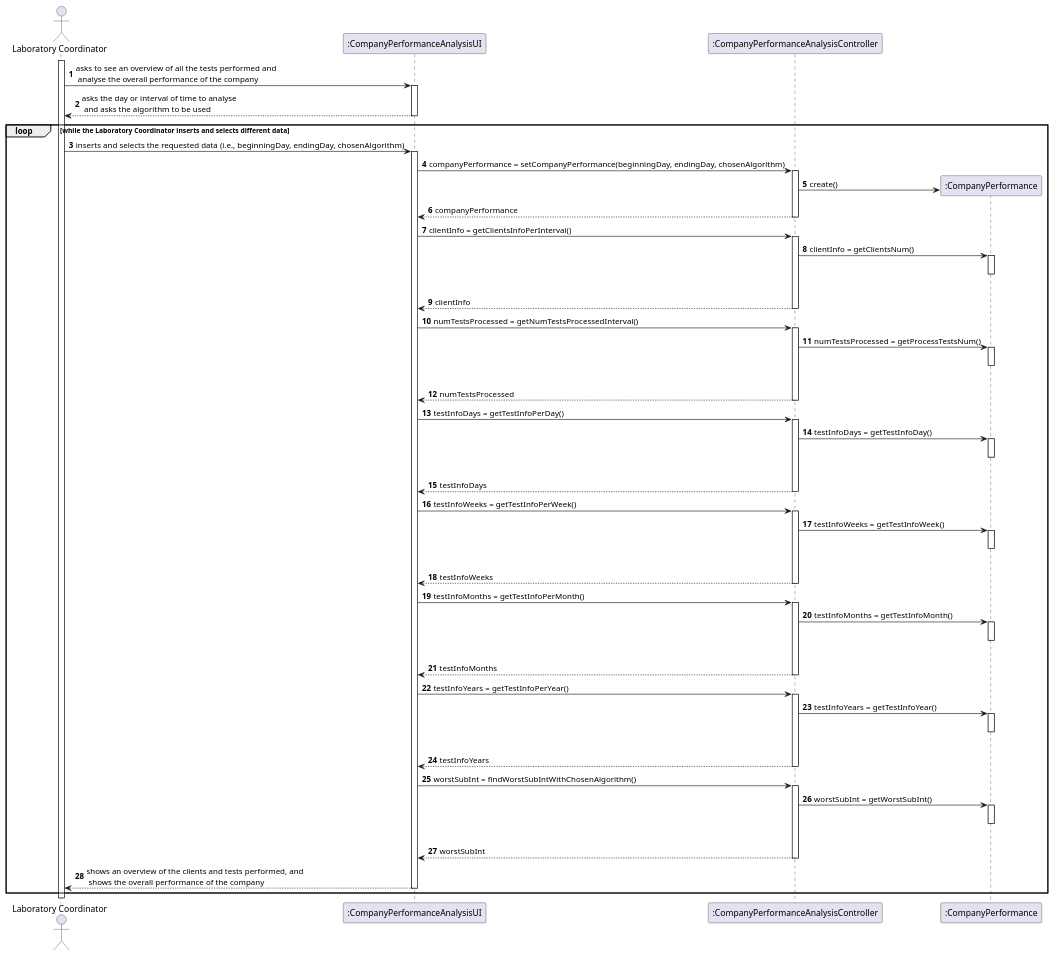
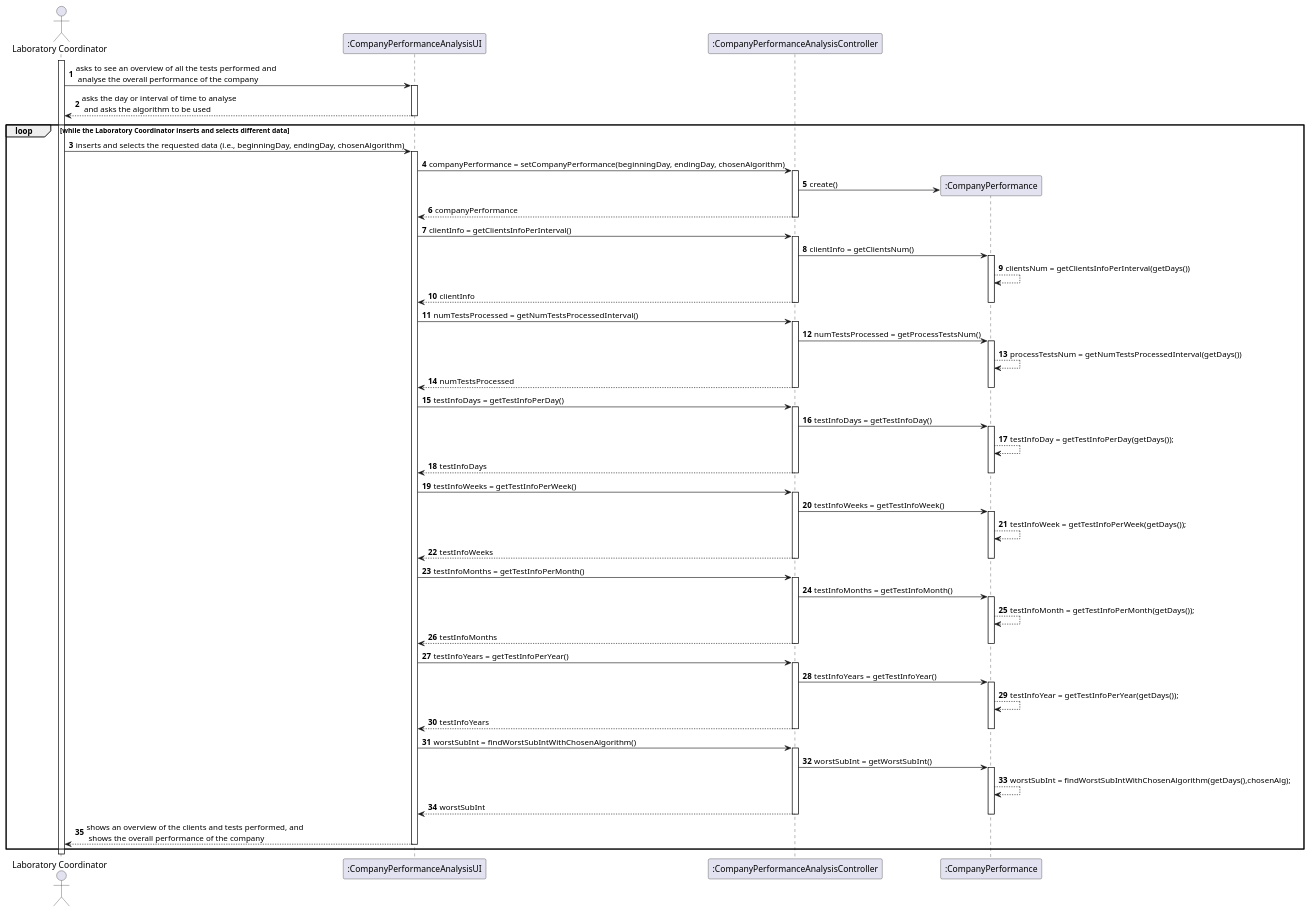
Before and after one commit to ana-albergaria/LAPR2-ISEP: the diagram in docs/SprintD/US_16/US16_SD.puml, drawn with PlantUML. The commit also changed 15 other files, not shown here.

```diff
--- a/docs/SprintD/US_16/US16_SD.puml
+++ b/docs/SprintD/US_16/US16_SD.puml
@@ -1,101 +1,101 @@
 @startuml
 autonumber
 actor "Laboratory Coordinator" as LC
 
 participant ":CompanyPerformanceAnalysisUI" as UI
 participant ":CompanyPerformanceAnalysisController" as CTRL
 participant ":CompanyPerformance" as CP
 'participant ":Company" as CMP
 'participant ":Test" as TST
 'participant "testStore\n:TestStore" as TSTSTORE
 'participant "clientStore\n:ClientStore" as CLTSTORE
 'participant ":Constants" as CST
 'participant ":Class" as CL
 'participant ":SubMaxSumAlgorithms" as SMSA
 'participant ":Sum" as SUM
 'participant ":BruteForceAlgorithm" as BFA
 
 activate LC
 LC -> UI : asks to see an overview of all the tests performed and \n analyse the overall performance of the company
 activate UI
 UI --> LC : asks the day or interval of time to analyse \n and asks the algorithm to be used
 deactivate UI
 
 loop while the Laboratory Coordinator inserts and selects different data
 LC -> UI : inserts and selects the requested data (i.e., beginningDay, endingDay, chosenAlgorithm)
 activate UI
 
 UI -> CTRL : companyPerformance = setCompanyPerformance(beginningDay, endingDay, chosenAlgorithm)
 activate CTRL
 CTRL -> CP** : create()
 CTRL --> UI : companyPerformance
 deactivate CTRL
 
 UI -> CTRL : clientInfo = getClientsInfoPerInterval()
 activate CTRL
 CTRL -> CP : clientInfo = getClientsNum()
 activate CP
-|||
+CP --> CP : clientsNum = getClientsInfoPerInterval(getDays())
+CTRL --> UI : clientInfo
 deactivate CP
-CTRL --> UI : clientInfo
 deactivate CTRL
 
 UI -> CTRL : numTestsProcessed = getNumTestsProcessedInterval()
 activate CTRL
 CTRL -> CP : numTestsProcessed = getProcessTestsNum()
 activate CP
-|||
+CP --> CP : processTestsNum = getNumTestsProcessedInterval(getDays())
+CTRL --> UI : numTestsProcessed
 deactivate CP
-CTRL --> UI : numTestsProcessed
 deactivate CTRL
 
 UI -> CTRL : testInfoDays = getTestInfoPerDay()
 activate CTRL
 CTRL -> CP : testInfoDays = getTestInfoDay()
 activate CP
-|||
+CP --> CP : testInfoDay = getTestInfoPerDay(getDays());
+CTRL --> UI : testInfoDays
 deactivate CP
-CTRL --> UI : testInfoDays
 deactivate CTRL
 
 UI -> CTRL : testInfoWeeks = getTestInfoPerWeek()
 activate CTRL
 CTRL -> CP : testInfoWeeks = getTestInfoWeek()
 activate CP
-|||
+CP --> CP : testInfoWeek = getTestInfoPerWeek(getDays());
+CTRL --> UI : testInfoWeeks
 deactivate CP
-CTRL --> UI : testInfoWeeks
 deactivate CTRL
 
 UI -> CTRL : testInfoMonths = getTestInfoPerMonth()
 activate CTRL
 CTRL -> CP : testInfoMonths = getTestInfoMonth()
 activate CP
-|||
+CP --> CP : testInfoMonth = getTestInfoPerMonth(getDays());
+CTRL --> UI : testInfoMonths
 deactivate CP
-CTRL --> UI : testInfoMonths
 deactivate CTRL
 
 UI -> CTRL : testInfoYears = getTestInfoPerYear()
 activate CTRL
 CTRL -> CP : testInfoYears = getTestInfoYear()
 activate CP
-|||
+CP --> CP : testInfoYear = getTestInfoPerYear(getDays());
+CTRL --> UI : testInfoYears
 deactivate CP
-CTRL --> UI : testInfoYears
 deactivate CTRL
 
 UI -> CTRL : worstSubInt = findWorstSubIntWithChosenAlgorithm()
 activate CTRL
 CTRL -> CP : worstSubInt = getWorstSubInt()
 activate CP
-|||
+CP --> CP : worstSubInt = findWorstSubIntWithChosenAlgorithm(getDays(),chosenAlg);
+CTRL --> UI : worstSubInt
 deactivate CP
-CTRL --> UI : worstSubInt
 deactivate CTRL
 
 UI --> LC : shows an overview of the clients and tests performed, and \n shows the overall performance of the company
 deactivate UI
 end
 
 @enduml
```
